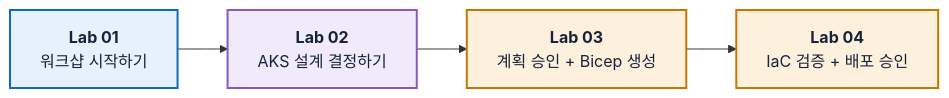
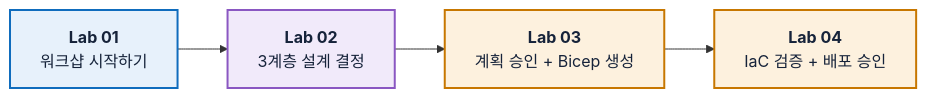
One commit to wonsungso/azure-infra-skills-workshop changed the first of 2 diagrams in README.md. Above: the diagram before and after it, drawn with Mermaid. The commit also changed other lines of this file and 25 other files, not shown here.

````diff
--- a/README.md
+++ b/README.md
@@ -35,12 +44,12 @@
 ```mermaid
 flowchart LR
-    A["<b>Lab 01</b><br/>워크샵 시작하기"] --> B["<b>Lab 02</b><br/>AKS 설계 결정하기"] --> C["<b>Lab 03</b><br/>계획 승인 + Bicep 생성"] --> D["<b>Lab 04</b><br/>IaC 검증 + 배포 승인"]
+    A["<b>Lab 01</b><br/>워크샵 시작하기"] --> B["<b>Lab 02</b><br/>3계층 설계 결정"] --> C["<b>Lab 03</b><br/>계획 승인 + Bicep 생성"] --> D["<b>Lab 04</b><br/>IaC 검증 + 배포 승인"]
 
     classDef prep fill:#E7F1FB,stroke:#0F6CBD,stroke-width:2px,color:#16233A
     classDef design fill:#F1EAFA,stroke:#8A57C2,stroke-width:2px,color:#16233A
     classDef build fill:#FDF1DE,stroke:#C77700,stroke-width:2px,color:#16233A
 
     class A prep
     class B design
     class C,D build
 ```
````
